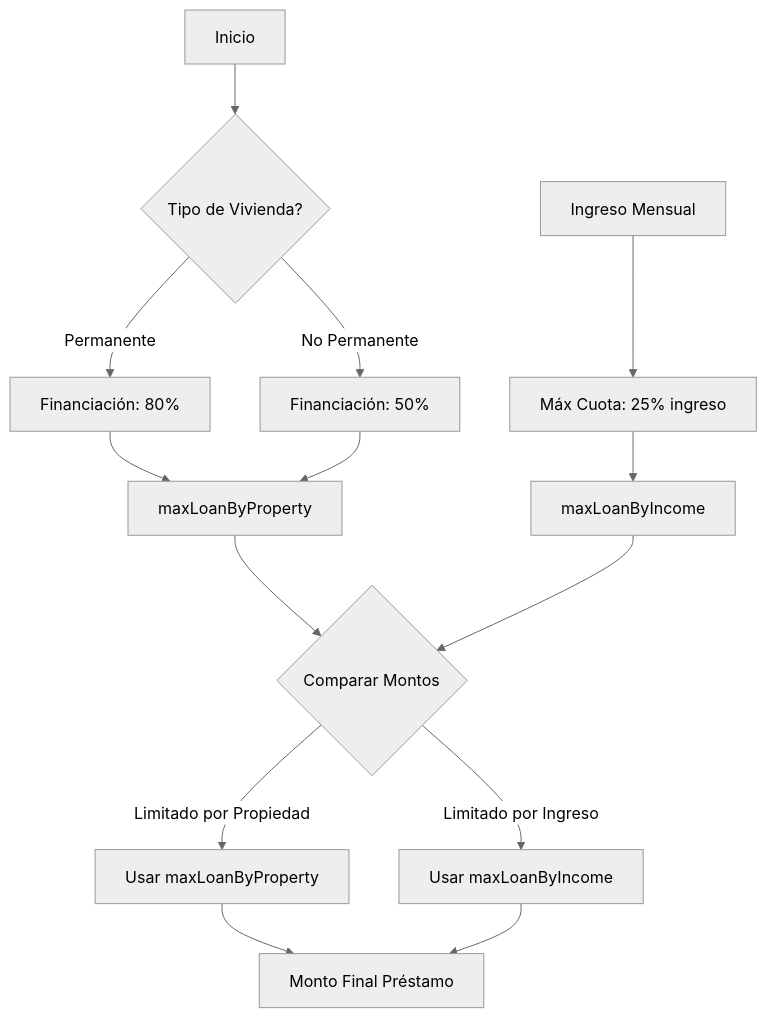
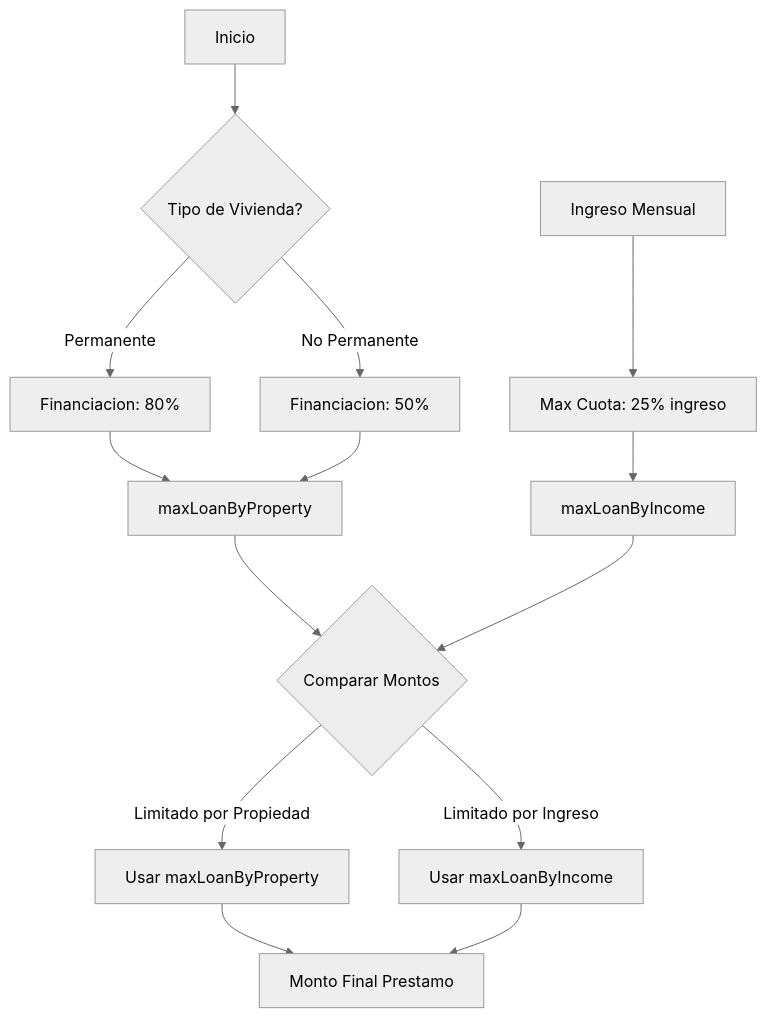
The fourth of 14 diagrams in formulas/README.md (santiagoblanco22/calculator_dayana), drawn with Mermaid (neutral theme) before and after one commit. The commit also changed other lines of this file and 3 other files, not shown here.

````diff
--- a/formulas/README.md
+++ b/formulas/README.md
@@ -98,19 +98,19 @@
 ```mermaid
 flowchart TD
     A[Inicio] --> B{Tipo de Vivienda?}
-    B -->|Permanente| C[Financiación: 80%]
-    B -->|No Permanente| D[Financiación: 50%]
+    B -->|Permanente| C[Financiacion: 80%]
+    B -->|No Permanente| D[Financiacion: 50%]
     C --> E[maxLoanByProperty]
     D --> E
 
-    F[Ingreso Mensual] --> G[Máx Cuota: 25% ingreso]
+    F[Ingreso Mensual] --> G[Max Cuota: 25% ingreso]
     G --> H[maxLoanByIncome]
 
     E --> I{Comparar Montos}
     H --> I
     I -->|Limitado por Propiedad| J[Usar maxLoanByProperty]
     I -->|Limitado por Ingreso| K[Usar maxLoanByIncome]
 
-    J --> L[Monto Final Préstamo]
+    J --> L[Monto Final Prestamo]
     K --> L
 ```
````
